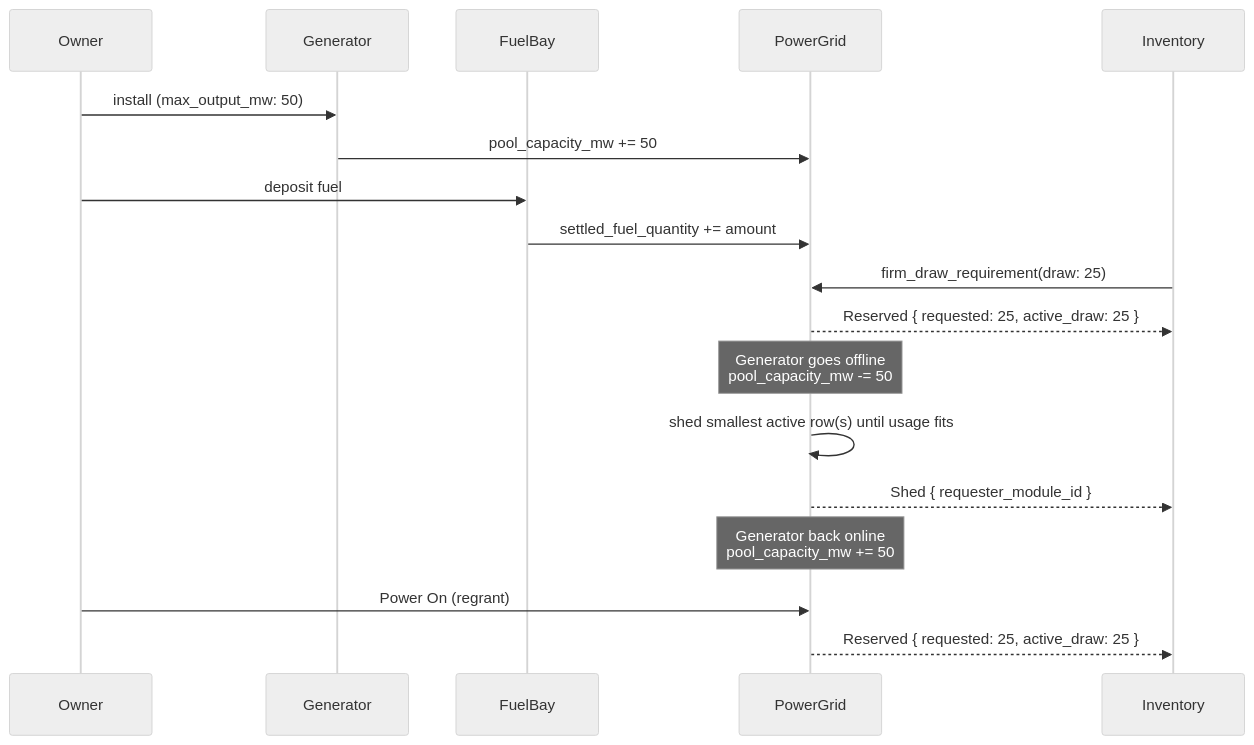
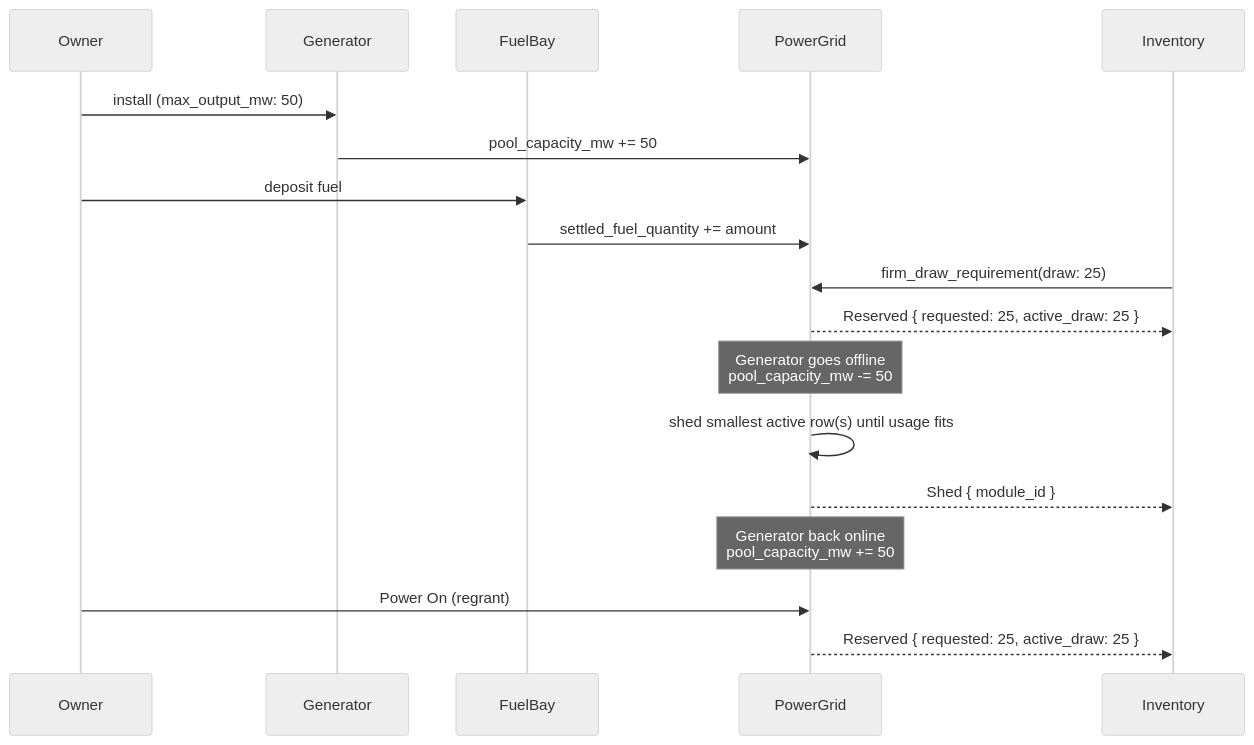
One commit to evefrontier/world-contracts changed the second of 2 diagrams in docs/adr/0004-onchain-power-network.md. Above: the diagram before and after it, drawn with Mermaid (neutral theme). The commit also changed other lines of this file, not shown here.

````diff
--- a/docs/adr/0004-onchain-power-network.md
+++ b/docs/adr/0004-onchain-power-network.md
@@ -80,23 +80,23 @@
 ```mermaid
 sequenceDiagram
     participant Owner
     participant Generator
     participant FuelBay
     participant PowerGrid
     participant Inventory as Inventory
 
     Owner->>Generator: install (max_output_mw: 50)
     Generator->>PowerGrid: pool_capacity_mw += 50
     Owner->>FuelBay: deposit fuel
     FuelBay->>PowerGrid: settled_fuel_quantity += amount
     Inventory->>PowerGrid: firm_draw_requirement(draw: 25)
     PowerGrid-->>Inventory: Reserved { requested: 25, active_draw: 25 }
 
     Note over PowerGrid: Generator goes offline<br/>pool_capacity_mw -= 50
     PowerGrid->>PowerGrid: shed smallest active row(s) until usage fits
-    PowerGrid-->>Inventory: Shed { requester_module_id }
+    PowerGrid-->>Inventory: Shed { module_id }
 
     Note over PowerGrid: Generator back online<br/>pool_capacity_mw += 50
     Owner->>PowerGrid: Power On (regrant)
     PowerGrid-->>Inventory: Reserved { requested: 25, active_draw: 25 }
 ```
````
